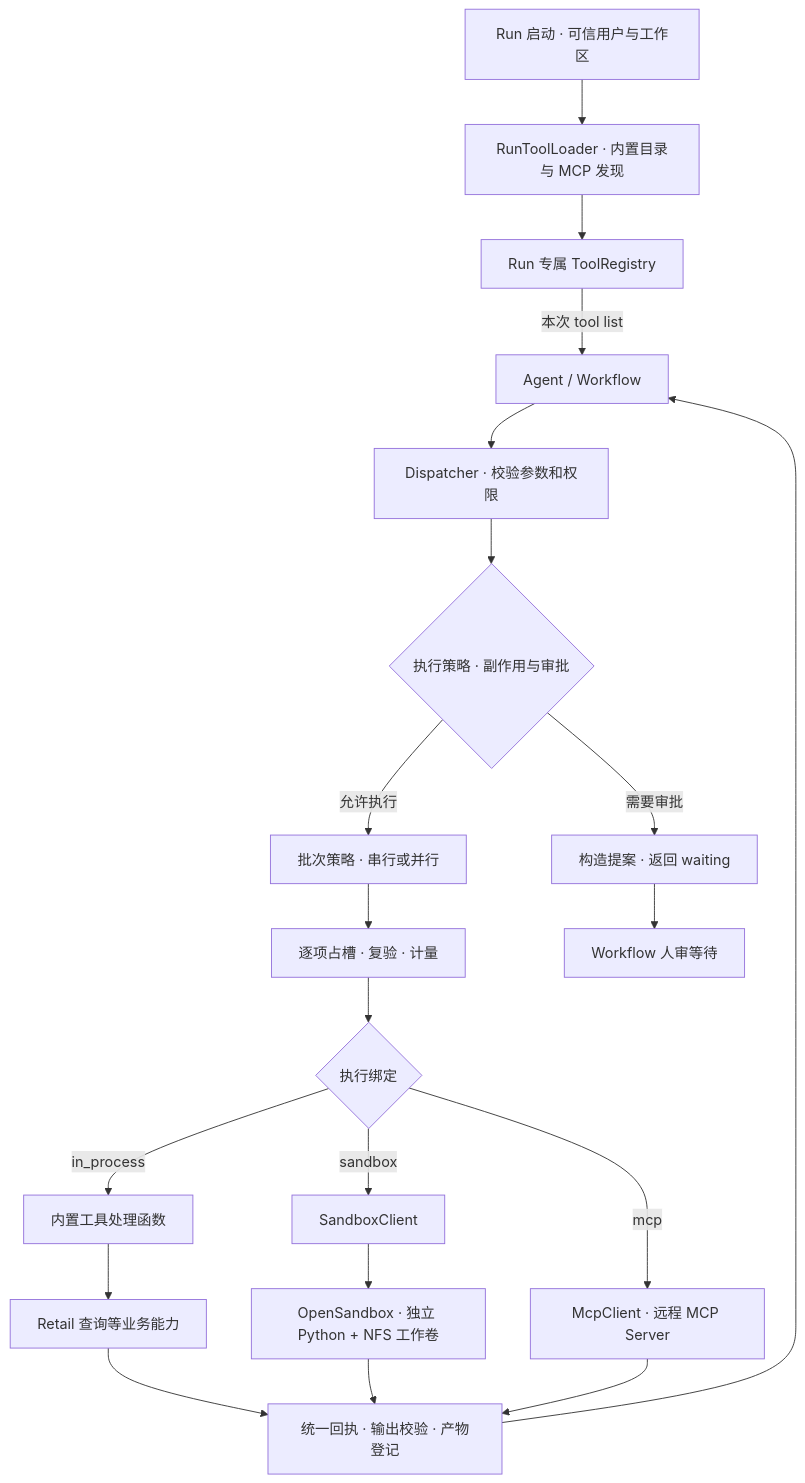
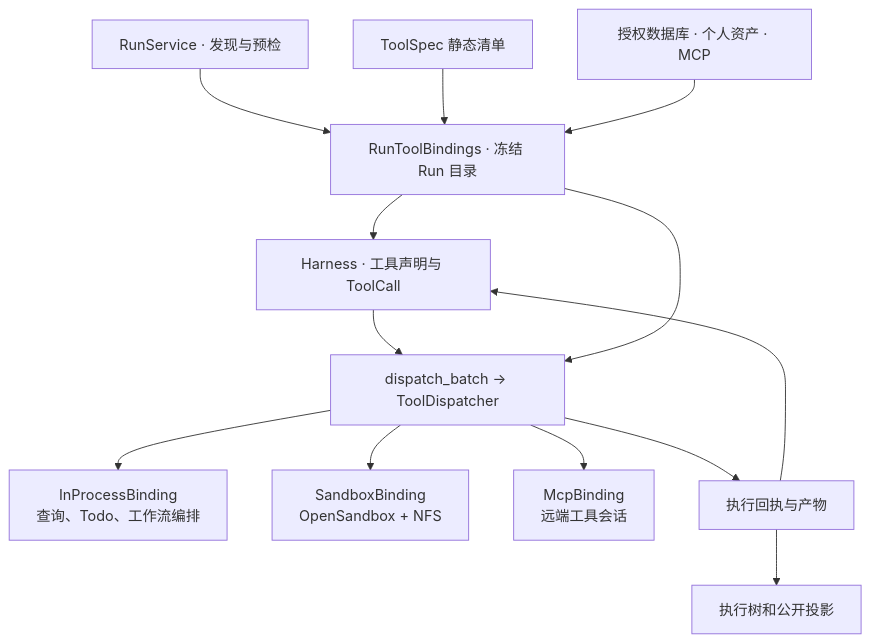
The first of 2 diagrams in mai-specs/986-lesson-18-tool-execution-sandbox/design/TECH_DESIGN.md (RuiLu007/compass), drawn with Mermaid before and after one commit. The commit also changed other lines of this file and 204 other files, not shown here.

````diff
--- a/mai-specs/986-lesson-18-tool-execution-sandbox/design/TECH_DESIGN.md
+++ b/mai-specs/986-lesson-18-tool-execution-sandbox/design/TECH_DESIGN.md
@@ -79,22 +17,15 @@
-```mermaid
+```mermaid 当前工具装配与执行
 flowchart TB
-    U["Run 启动 · 可信用户与工作区"] --> L["RunToolLoader · 内置目录与 MCP 发现"]
-    L --> T["Run 专属 ToolRegistry"]
-    T -->|本次 tool list| N["Agent / Workflow"]
-    N --> D["Dispatcher · 校验参数和权限"]
-    D --> P{"执行策略 · 副作用与审批"}
-    P -->|需要审批| W["构造提案 · 返回 waiting"]
-    P -->|允许执行| Q["批次策略 · 串行或并行"]
-    Q --> A["逐项占槽 · 复验 · 计量"]
-    A --> B{"执行绑定"}
-    B -->|in_process| F["内置工具处理函数"]
-    B -->|sandbox| S["SandboxClient"]
-    B -->|mcp| M["McpClient · 远程 MCP Server"]
-    F --> R["Retail 查询等业务能力"]
-    S --> C["OpenSandbox · 独立 Python + NFS 工作卷"]
-    R --> E["统一回执 · 输出校验 · 产物登记"]
-    C --> E
-    M --> E
-    E --> N
-    W --> H["Workflow 人审等待"]
+    S["RunService · 发现与预检"] --> B["RunToolBindings · 冻结 Run 目录"]
+    C["ToolSpec 静态清单"] --> B
+    A["授权数据库 · 个人资产 · MCP"] --> B
+    B --> L["Harness · 工具声明与 ToolCall"]
+    L --> D["dispatch_batch → ToolDispatcher"]
+    B --> D
+    D --> I["InProcessBinding<br/>查询、Todo、工作流编排"]
+    D --> P["SandboxBinding<br/>OpenSandbox + NFS"]
+    D --> M["McpBinding<br/>远端工具会话"]
+    D --> R["执行回执与产物"]
+    R --> L
+    R --> T["执行树和公开投影"]
 ```
````
